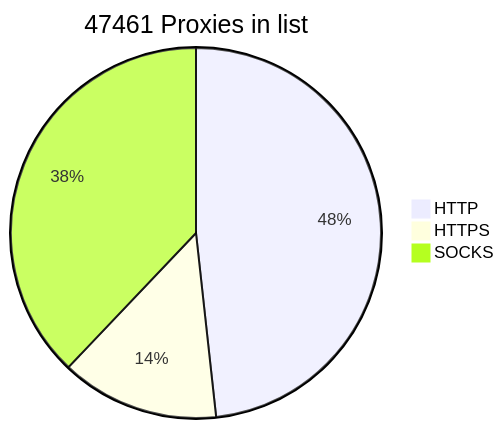
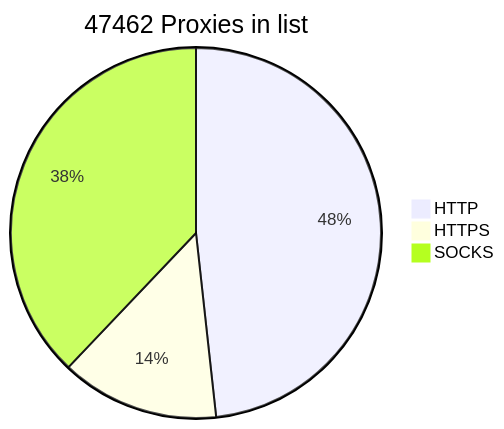
One commit to BlackSnowDot/proxylist-update-every-minute changed the diagram in README.md. Above: the diagram before and after it, drawn with Mermaid.

````diff
--- a/README.md
+++ b/README.md
@@ -2,6 +2,6 @@
 ```mermaid
-pie title 47461 Proxies in list
+pie title 47462 Proxies in list
     "HTTP" : 25596
     "HTTPS": 7337
-    "SOCKS" : 20102
+    "SOCKS" : 20103
 ```
````
